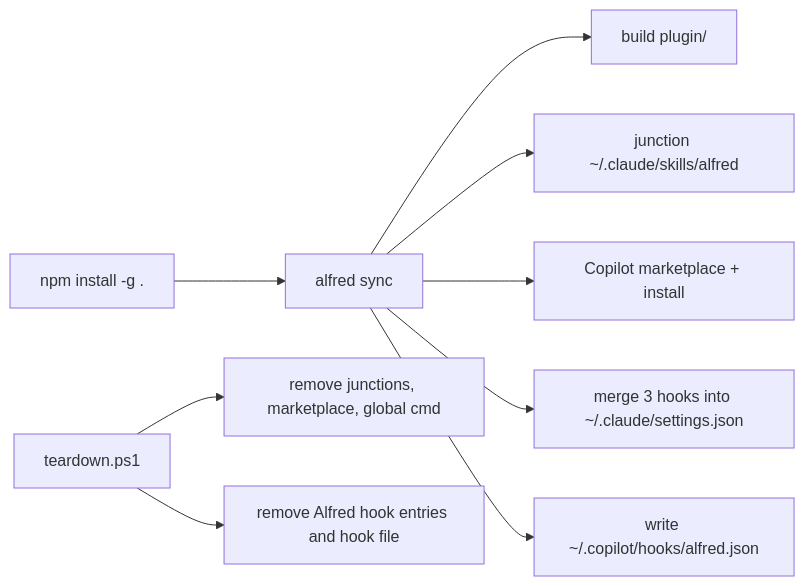
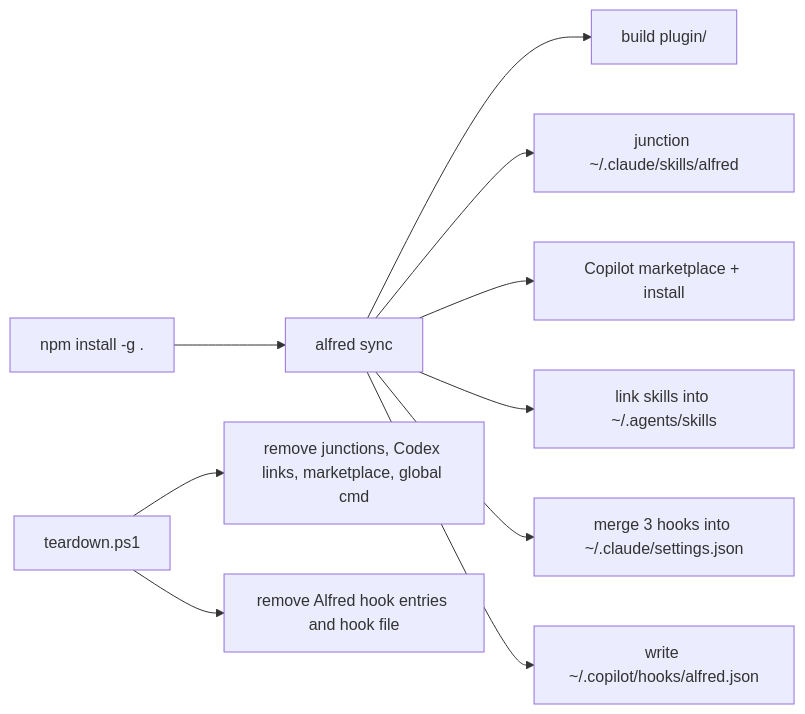
One commit to SantanSharma/Alfred changed the seventh of 7 diagrams in Temp/alfred-memory-05-system-design.md. Above: the diagram before and after it, drawn with Mermaid. The commit also changed other lines of this file and 5 other files, not shown here.

````diff
--- a/Temp/alfred-memory-05-system-design.md
+++ b/Temp/alfred-memory-05-system-design.md
@@ -175,11 +191,12 @@
 ```mermaid
 flowchart LR
     I[npm install -g .] --> S[alfred sync]
     S --> P[build plugin/]
     S --> J[junction ~/.claude/skills/alfred]
     S --> MK[Copilot marketplace + install]
+    S --> CX[link skills into ~/.agents/skills]
     S --> HC[merge 3 hooks into ~/.claude/settings.json]
     S --> HP[write ~/.copilot/hooks/alfred.json]
-    T[teardown.ps1] --> RJ[remove junctions, marketplace, global cmd]
+    T[teardown.ps1] --> RJ[remove junctions, Codex links, marketplace, global cmd]
     T --> RH[remove Alfred hook entries and hook file]
 ```
````
